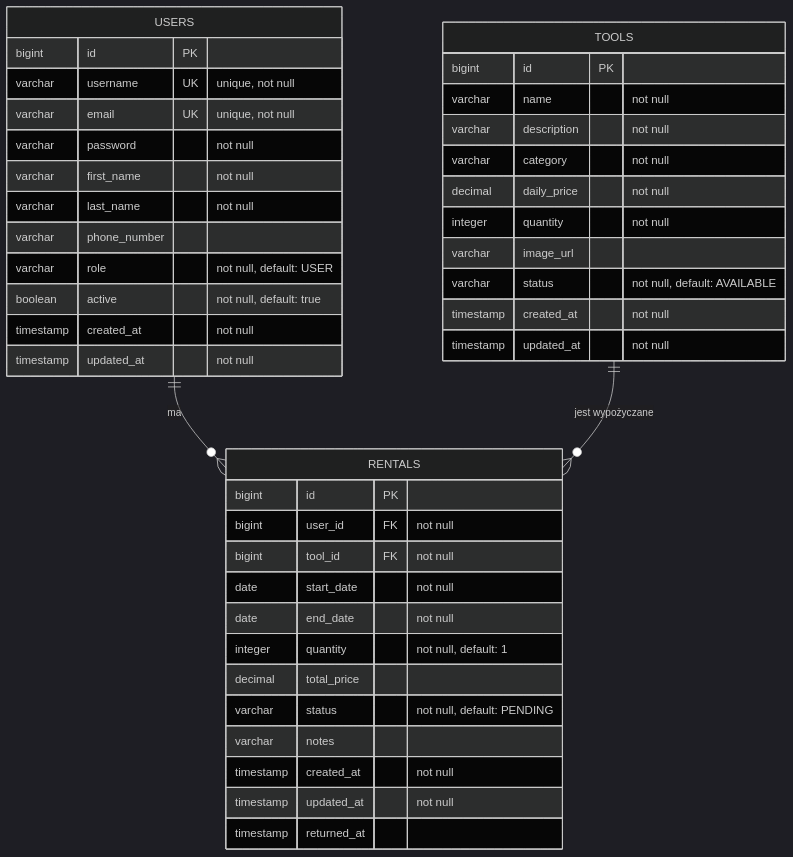
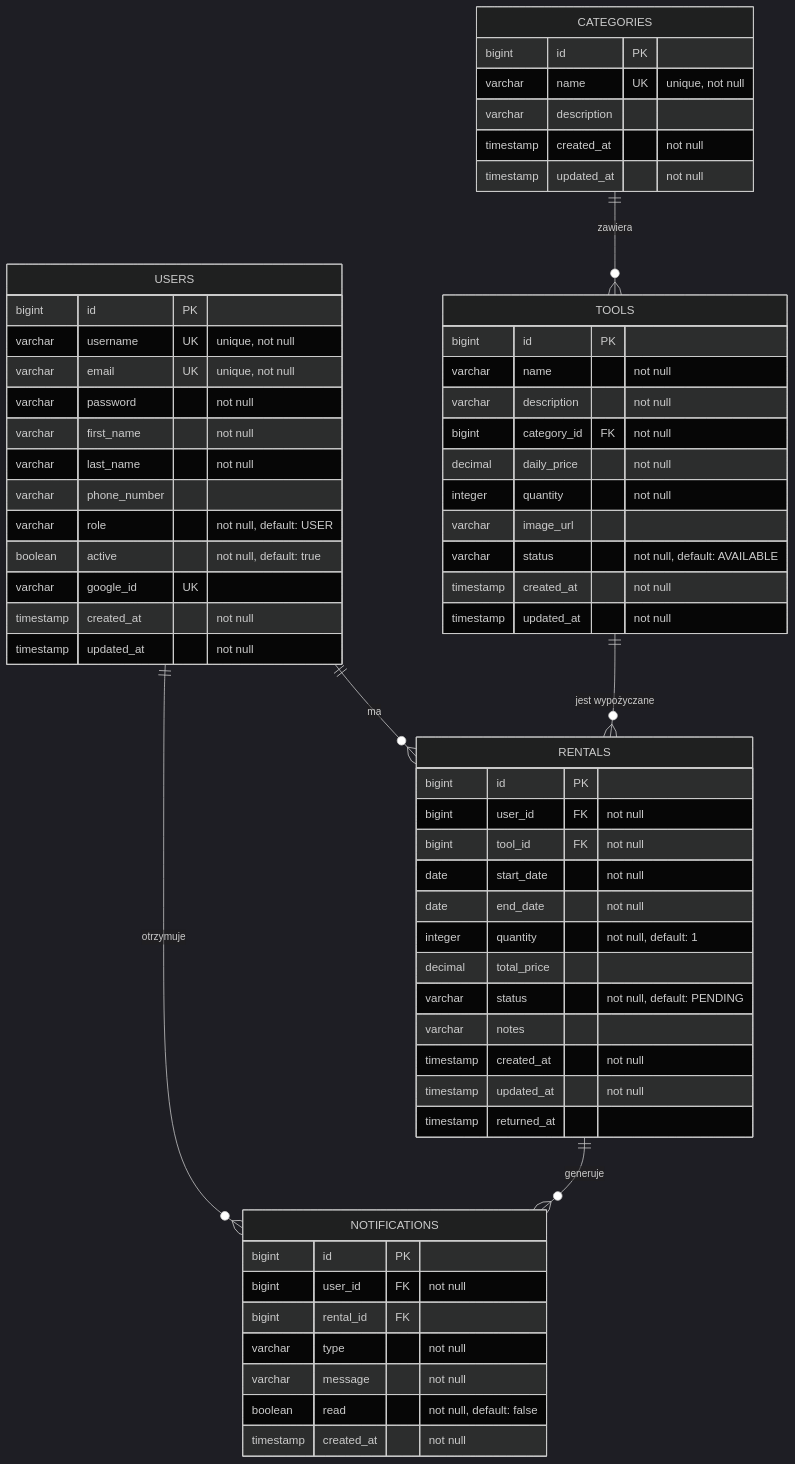
Before and after one commit to michalcodemichal/Toolsy: the diagram in README.md, drawn with Mermaid (dark theme). The commit also changed other lines of this file and 19 other files, not shown here.

````diff
--- a/README.md
+++ b/README.md
@@ -236,47 +246,69 @@
 ```mermaid
 erDiagram
     USERS {
         bigint id PK
         varchar username UK "unique, not null"
         varchar email UK "unique, not null"
         varchar password "not null"
         varchar first_name "not null"
         varchar last_name "not null"
         varchar phone_number
         varchar role "not null, default: USER"
         boolean active "not null, default: true"
+        varchar google_id UK
         timestamp created_at "not null"
         timestamp updated_at "not null"
     }
 
     TOOLS {
         bigint id PK
         varchar name "not null"
         varchar description "not null"
-        varchar category "not null"
+        bigint category_id FK "not null"
         decimal daily_price "not null"
         integer quantity "not null"
         varchar image_url
         varchar status "not null, default: AVAILABLE"
+        timestamp created_at "not null"
+        timestamp updated_at "not null"
+    }
+
+    CATEGORIES {
+        bigint id PK
+        varchar name UK "unique, not null"
+        varchar description
         timestamp created_at "not null"
         timestamp updated_at "not null"
     }
 
     RENTALS {
         bigint id PK
         bigint user_id FK "not null"
         bigint tool_id FK "not null"
         date start_date "not null"
         date end_date "not null"
         integer quantity "not null, default: 1"
         decimal total_price
         varchar status "not null, default: PENDING"
         varchar notes
         timestamp created_at "not null"
         timestamp updated_at "not null"
         timestamp returned_at
     }
 
+    NOTIFICATIONS {
+        bigint id PK
+        bigint user_id FK "not null"
+        bigint rental_id FK
+        varchar type "not null"
+        varchar message "not null"
+        boolean read "not null, default: false"
+        timestamp created_at "not null"
+    }
+
     USERS ||--o{ RENTALS : "ma"
     TOOLS ||--o{ RENTALS : "jest wypożyczane"
+    CATEGORIES ||--o{ TOOLS : "zawiera"
+    USERS ||--o{ NOTIFICATIONS : "otrzymuje"
+    RENTALS ||--o{ NOTIFICATIONS : "generuje"
 ```
````
